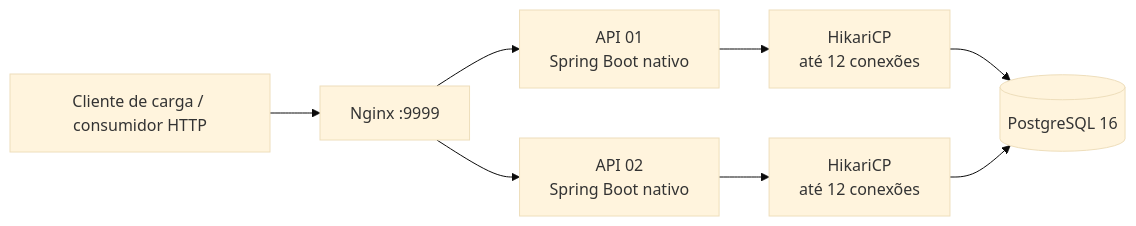
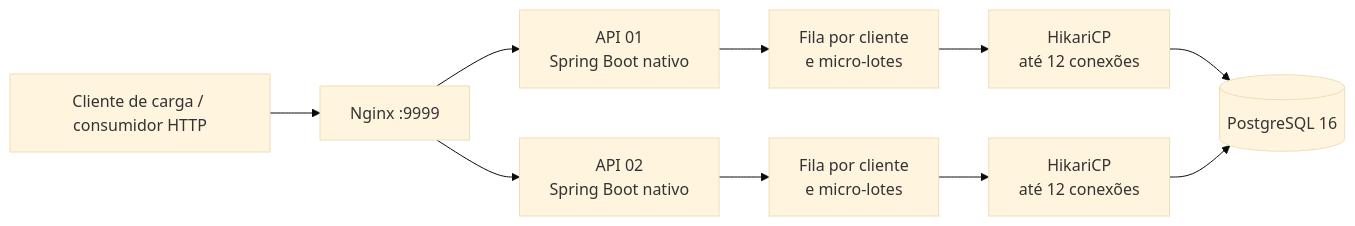
The first of 5 diagrams in README.md (romjunior/minha-rinha-app-q1-2024-spring), drawn with Mermaid (base theme) before and after one commit. The commit also changed other lines of this file and 10 other files, not shown here.

````diff
--- a/README.md
+++ b/README.md
@@ -11,10 +11,12 @@
 ```mermaid
 flowchart LR
     C[Cliente de carga / consumidor HTTP] --> N[Nginx :9999]
     N --> A1[API 01\nSpring Boot nativo]
     N --> A2[API 02\nSpring Boot nativo]
-    A1 --> P1[HikariCP\naté 12 conexões]
-    A2 --> P2[HikariCP\naté 12 conexões]
+    A1 --> F1[Fila por cliente\ne micro-lotes]
+    A2 --> F2[Fila por cliente\ne micro-lotes]
+    F1 --> P1[HikariCP\naté 12 conexões]
+    F2 --> P2[HikariCP\naté 12 conexões]
     P1 --> DB[(PostgreSQL 16)]
     P2 --> DB
 ```
````
